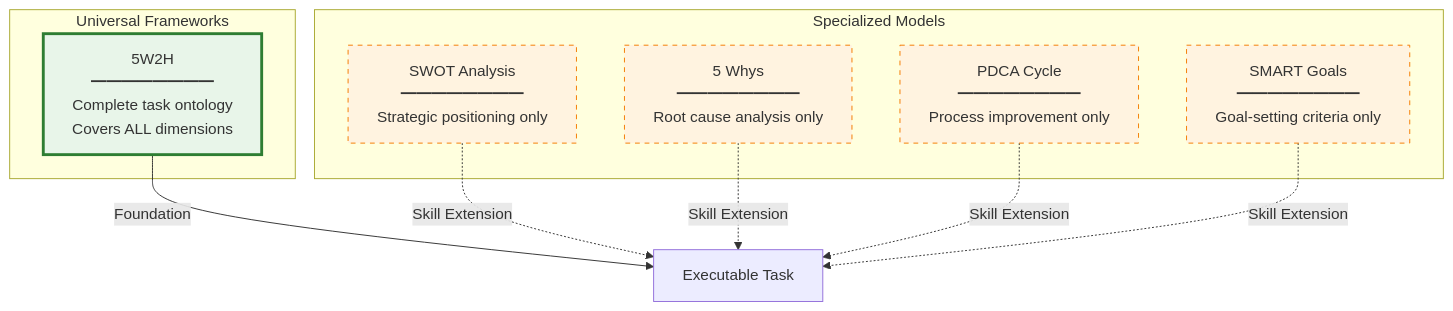
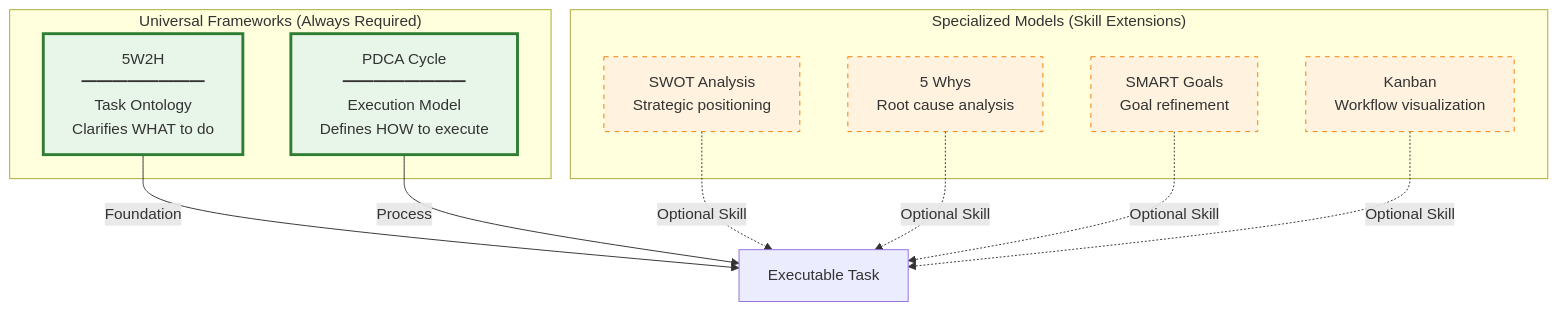
One commit to skaiy/Wild_AgentOS changed the eighth of 17 diagrams in README.md. Above: the diagram before and after it, drawn with Mermaid. The commit also changed other lines of this file, not shown here.

````diff
--- a/README.md
+++ b/README.md
@@ -540,25 +550,28 @@
 ```mermaid
 graph TB
-    subgraph "Universal Frameworks"
-        U1["5W2H<br/>━━━━━━━━<br/>Complete task ontology<br/>Covers ALL dimensions"]
+    subgraph "Universal Frameworks (Always Required)"
+        U1["5W2H<br/>━━━━━━━━<br/>Task Ontology<br/>Clarifies WHAT to do"]
+        U2["PDCA Cycle<br/>━━━━━━━━<br/>Execution Model<br/>Defines HOW to execute"]
     end
     
-    subgraph "Specialized Models"
-        S1["SWOT Analysis<br/>━━━━━━━━<br/>Strategic positioning only"]
-        S2["5 Whys<br/>━━━━━━━━<br/>Root cause analysis only"]
-        S3["PDCA Cycle<br/>━━━━━━━━<br/>Process improvement only"]
-        S4["SMART Goals<br/>━━━━━━━━<br/>Goal-setting criteria only"]
+    subgraph "Specialized Models (Skill Extensions)"
+        S1["SWOT Analysis<br/>Strategic positioning"]
+        S2["5 Whys<br/>Root cause analysis"]
+        S3["SMART Goals<br/>Goal refinement"]
+        S4["Kanban<br/>Workflow visualization"]
     end
     
     U1 -->|Foundation| TASK[Executable Task]
-    S1 -.->|Skill Extension| TASK
-    S2 -.->|Skill Extension| TASK
-    S3 -.->|Skill Extension| TASK
-    S4 -.->|Skill Extension| TASK
+    U2 -->|Process| TASK
+    S1 -.->|Optional Skill| TASK
+    S2 -.->|Optional Skill| TASK
+    S3 -.->|Optional Skill| TASK
+    S4 -.->|Optional Skill| TASK
     
     style U1 fill:#e8f5e9,stroke:#2e7d32,stroke-width:3px
+    style U2 fill:#e8f5e9,stroke:#2e7d32,stroke-width:3px
     style S1 fill:#fff3e0,stroke:#f57c00,stroke-dasharray: 5 5
     style S2 fill:#fff3e0,stroke:#f57c00,stroke-dasharray: 5 5
     style S3 fill:#fff3e0,stroke:#f57c00,stroke-dasharray: 5 5
     style S4 fill:#fff3e0,stroke:#f57c00,stroke-dasharray: 5 5
 ```
````
